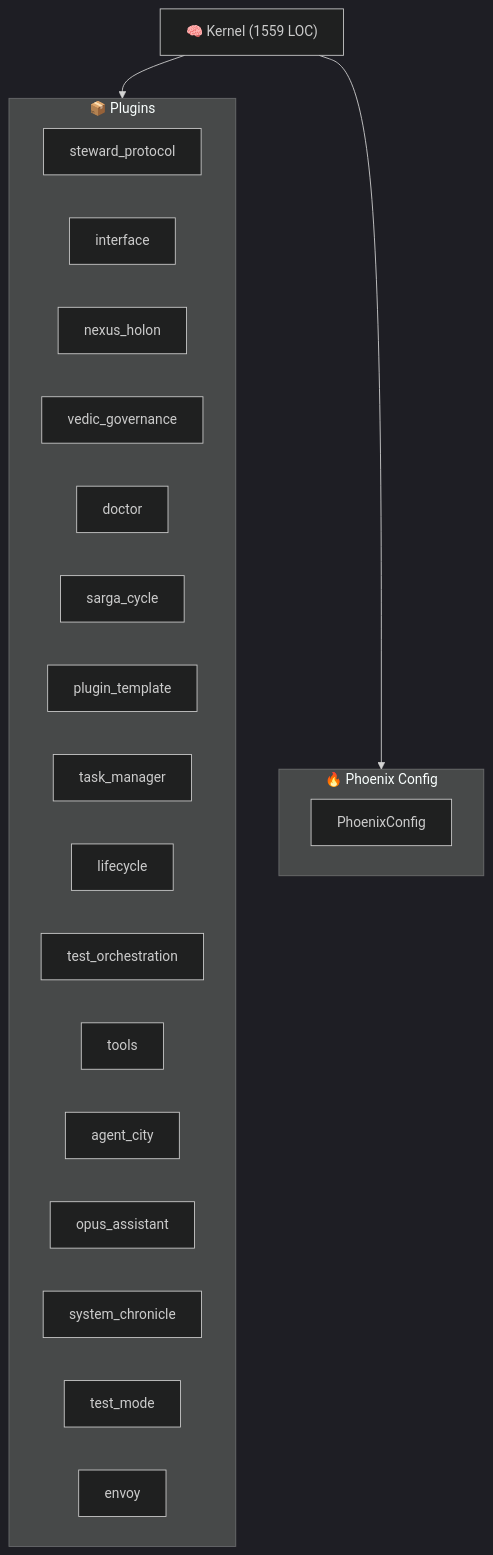
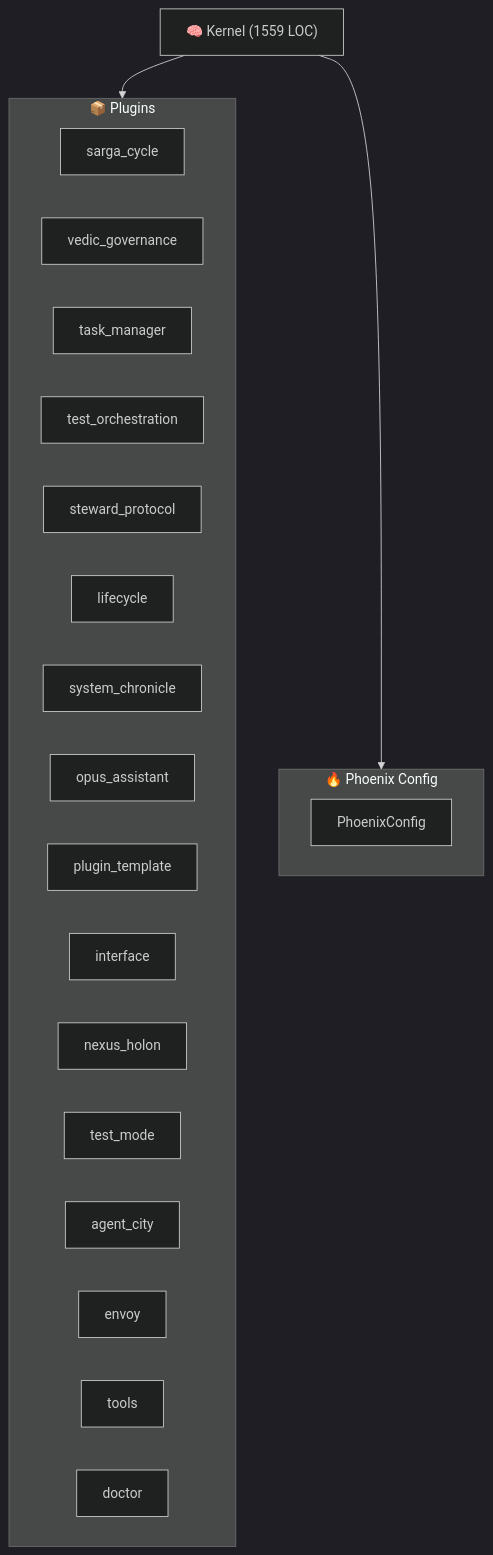
Before and after one commit to kimeisele/steward-protocol: the diagram in ARCHITECTURE.md, drawn with Mermaid (dark theme). The commit also changed other lines of this file and 13 other files, not shown here.

````diff
--- a/ARCHITECTURE.md
+++ b/ARCHITECTURE.md
@@ -8,27 +8,27 @@
 ```mermaid
 graph TB
     K["🧠 Kernel (1559 LOC)"]
     subgraph Plugins["📦 Plugins"]
+        P_sarga_cycle["sarga_cycle"]
+        P_vedic_governance["vedic_governance"]
+        P_task_manager["task_manager"]
+        P_test_orchestration["test_orchestration"]
         P_steward_protocol["steward_protocol"]
+        P_lifecycle["lifecycle"]
+        P_system_chronicle["system_chronicle"]
+        P_opus_assistant["opus_assistant"]
+        P_plugin_template["plugin_template"]
         P_interface["interface"]
         P_nexus_holon["nexus_holon"]
-        P_vedic_governance["vedic_governance"]
+        P_test_mode["test_mode"]
+        P_agent_city["agent_city"]
+        P_envoy["envoy"]
+        P_tools["tools"]
         P_doctor["doctor"]
-        P_sarga_cycle["sarga_cycle"]
-        P_plugin_template["plugin_template"]
-        P_task_manager["task_manager"]
-        P_lifecycle["lifecycle"]
-        P_test_orchestration["test_orchestration"]
-        P_tools["tools"]
-        P_agent_city["agent_city"]
-        P_opus_assistant["opus_assistant"]
-        P_system_chronicle["system_chronicle"]
-        P_test_mode["test_mode"]
-        P_envoy["envoy"]
     end
     K --> Plugins
     subgraph Config["🔥 Phoenix Config"]
         PC[PhoenixConfig]
     end
     K --> Config
 ```
````
